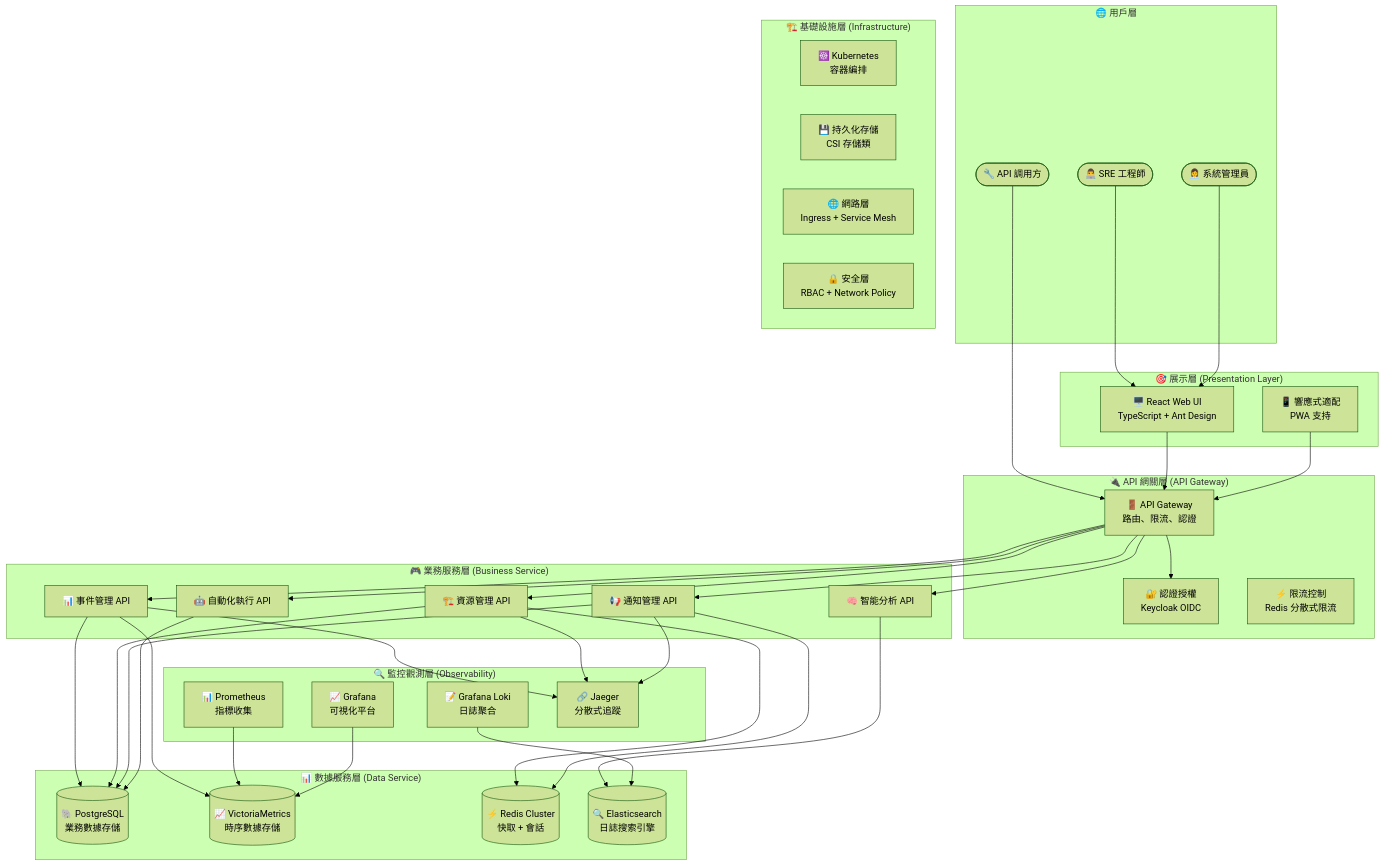
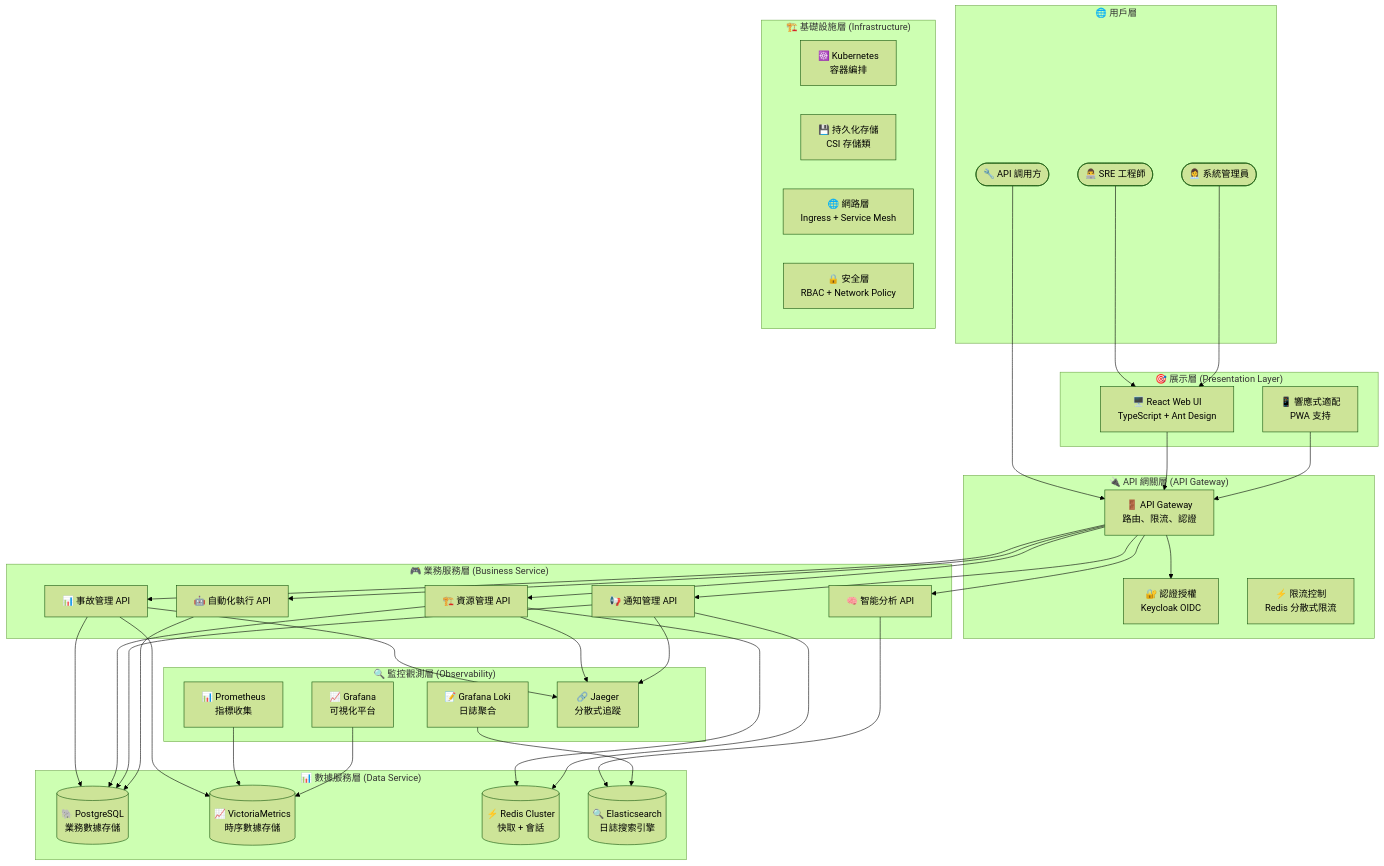
Before and after one commit to detectviz/sre-platform-app: the second of 7 diagrams in architecture.md, drawn with Mermaid (forest theme). The commit also changed other lines of this file and 35 other files, not shown here.

```diff
--- a/architecture.md
+++ b/architecture.md
@@ -125,7 +125,7 @@
     end
 
     subgraph "🎮 業務服務層 (Business Service)"
-        EventAPI[📊 事件管理 API]
+        IncidentAPI[📊 事故管理 API]
         ResourceAPI[🏗️ 資源管理 API]
         NotifyAPI[📢 通知管理 API]
         AnalyzeAPI[🧠 智能分析 API]
@@ -164,15 +164,15 @@
 
     %% API 網關路由
     Gateway --> Auth
-    Gateway --> EventAPI
+    Gateway --> IncidentAPI
     Gateway --> ResourceAPI
     Gateway --> NotifyAPI
     Gateway --> AnalyzeAPI
     Gateway --> AutoAPI
 
     %% 服務到數據層
-    EventAPI --> Database
-    EventAPI --> TimeSeries
+    IncidentAPI --> Database
+    IncidentAPI --> TimeSeries
     ResourceAPI --> Database
     ResourceAPI --> Cache
     NotifyAPI --> Database
@@ -181,7 +181,7 @@
     AutoAPI --> Database
 
     %% 監控和追蹤
-    EventAPI --> Tracing
+    IncidentAPI --> Tracing
     ResourceAPI --> Tracing
     NotifyAPI --> Tracing
 
```
